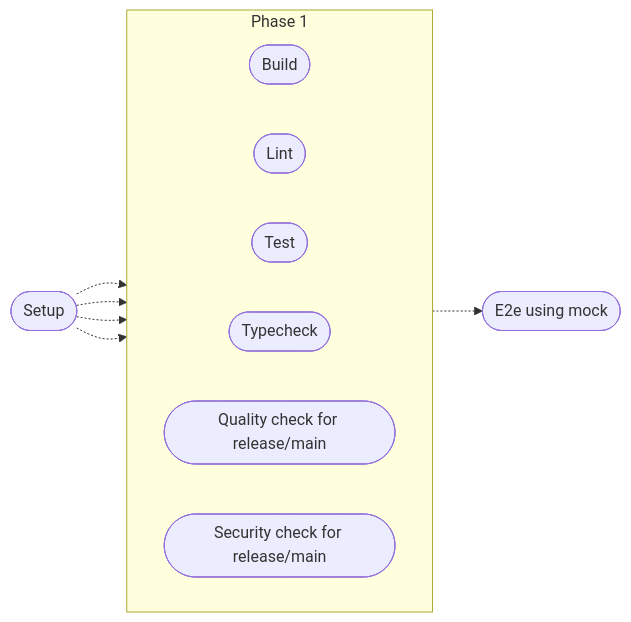
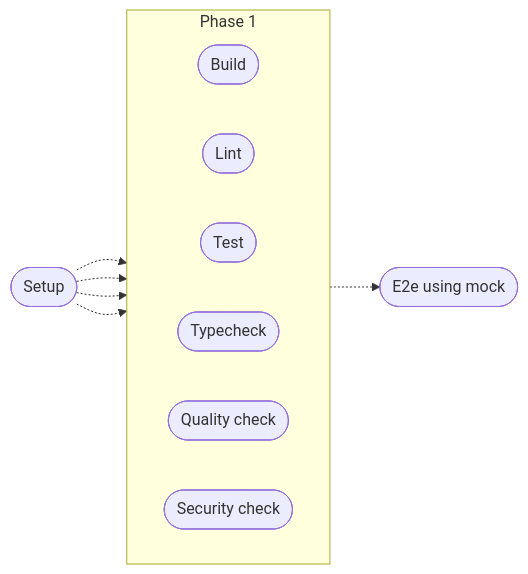
One commit to gnowth/gnowth changed the fourth of 13 diagrams in docs/concept-pipeline.md. Above: the diagram before and after it, drawn with Mermaid. The commit also changed other lines of this file and 29 other files, not shown here.

````diff
--- a/docs/concept-pipeline.md
+++ b/docs/concept-pipeline.md
@@ -71,20 +93,20 @@
 ```mermaid
   flowchart LR
     BUILD([Build])
     E2EMOCK([E2e using mock])
     SETUP([Setup])
 
     subgraph PHASE1[Phase 1]
       direction LR
 
       BUILD
       LINT([Lint])
       TEST([Test])
       TYPECHECK([Typecheck])
-      QUALITY([Quality check for release/main])
-      SECURITY([Security check for release/main])
+      QUALITY([Quality check])
+      SECURITY([Security check])
     end
 
     BUILD -.-> E2EMOCK
     SETUP -.-> BUILD & LINT & TEST & TYPECHECK
 ```
````
